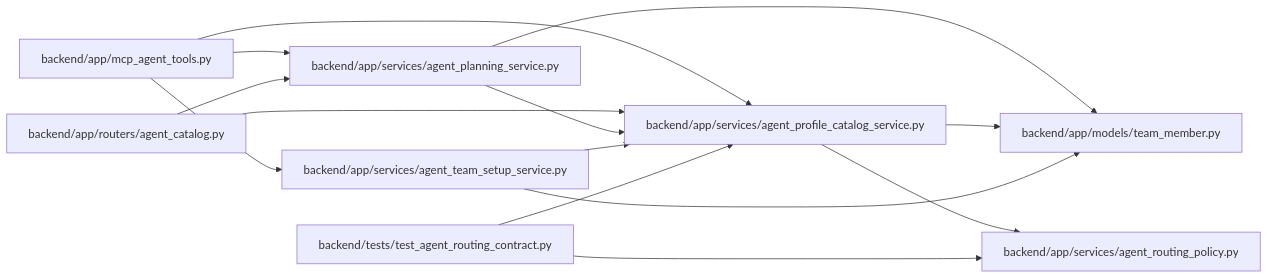
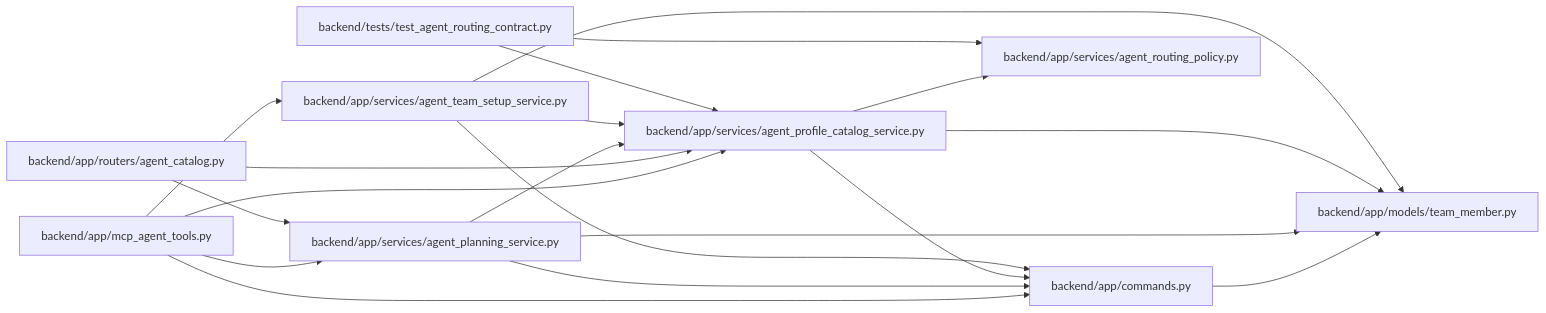
One commit to Denissvgn/WorkChord changed the diagram in docs/llm_wiki/modules/agent_profile_catalog_service.md. Above: the diagram before and after it, drawn with Mermaid. The commit also changed other lines of this file and 958 other files, not shown here.

First line of the commit message:
docs(wiki): refresh identity and recovery architecture

````diff
--- a/docs/llm_wiki/modules/agent_profile_catalog_service.md
+++ b/docs/llm_wiki/modules/agent_profile_catalog_service.md
@@ -25,32 +26,39 @@
 ```mermaid
 flowchart LR
-    n0["backend/app/mcp_agent_tools.py"]
-    n1["backend/app/models/team_member.py"]
-    n2["backend/app/routers/agent_catalog.py"]
-    n3["backend/app/services/agent_planning_service.py"]
-    n4["backend/app/services/agent_profile_catalog_service.py"]
-    n5["backend/app/services/agent_routing_policy.py"]
-    n6["backend/app/services/agent_team_setup_service.py"]
-    n7["backend/tests/test_agent_routing_contract.py"]
-    n0 --> n3
-    n0 --> n4
-    n0 --> n6
-    n2 --> n3
-    n2 --> n4
-    n3 --> n1
+    n0["backend/app/commands.py"]
+    n1["backend/app/mcp_agent_tools.py"]
+    n2["backend/app/models/team_member.py"]
+    n3["backend/app/routers/agent_catalog.py"]
+    n4["backend/app/services/agent_planning_service.py"]
+    n5["backend/app/services/agent_profile_catalog_service.py"]
+    n6["backend/app/services/agent_routing_policy.py"]
+    n7["backend/app/services/agent_team_setup_service.py"]
+    n8["backend/tests/test_agent_routing_contract.py"]
+    n0 --> n2
+    n1 --> n0
+    n1 --> n4
+    n1 --> n5
+    n1 --> n7
     n3 --> n4
-    n4 --> n1
+    n3 --> n5
+    n4 --> n0
+    n4 --> n2
     n4 --> n5
-    n6 --> n1
-    n6 --> n4
-    n7 --> n4
+    n5 --> n0
+    n5 --> n2
+    n5 --> n6
+    n7 --> n0
+    n7 --> n2
     n7 --> n5
-    click n0 "../modules/mcp_agent_tools.md"
-    click n1 "../modules/team_member.md"
-    click n2 "../modules/agent_catalog.md"
-    click n3 "../modules/agent_planning_service.md"
-    click n4 "../modules/agent_profile_catalog_service.md"
-    click n5 "../modules/agent_routing_policy.md"
-    click n6 "../modules/agent_team_setup_service.md"
-    click n7 "../modules/test_agent_routing_contract.md"
+    n8 --> n5
+    n8 --> n6
+    click n0 "../modules/commands.md"
+    click n1 "../modules/mcp_agent_tools.md"
+    click n2 "../modules/team_member.md"
+    click n3 "../modules/agent_catalog.md"
+    click n4 "../modules/agent_planning_service.md"
+    click n5 "../modules/agent_profile_catalog_service.md"
+    click n6 "../modules/agent_routing_policy.md"
+    click n7 "../modules/agent_team_setup_service.md"
+    click n8 "../modules/test_agent_routing_contract.md"
 ```
````
